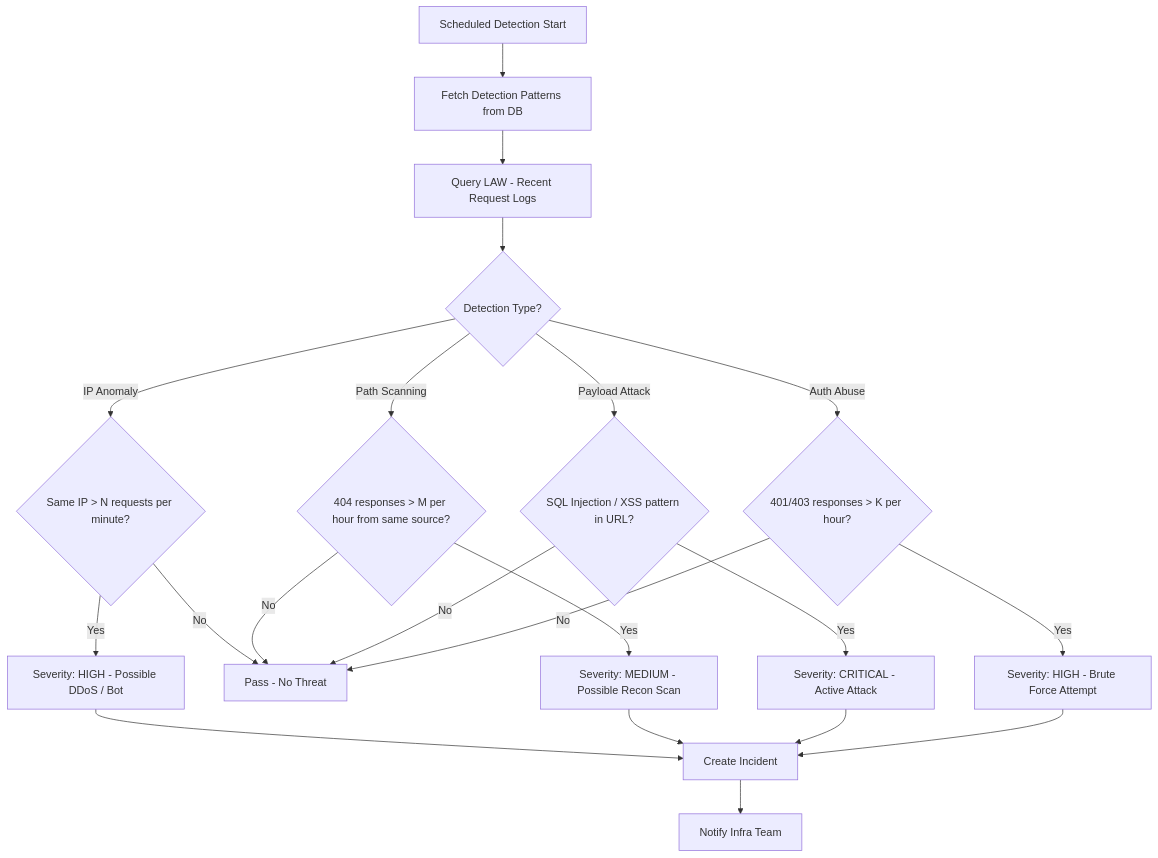
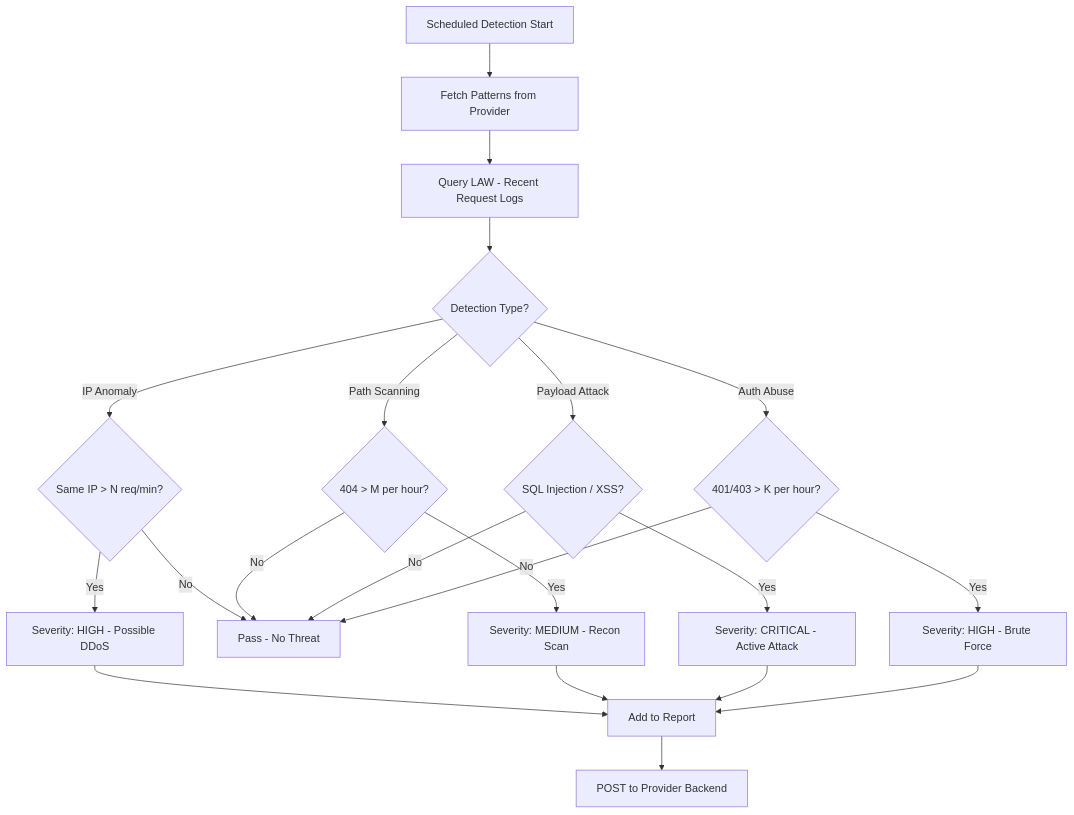
One commit to chjcmy/study changed diagram 12 of 21 in azure/projects/log-doctor-plan.md. Above: the diagram before and after it, drawn with Mermaid. The commit also changed other lines of this file, not shown here.

````diff
--- a/azure/projects/log-doctor-plan.md
+++ b/azure/projects/log-doctor-plan.md
@@ -492,30 +470,30 @@
 ```mermaid
 graph TD
-    A["Scheduled Detection Start"] --> B["Fetch Detection Patterns from DB"]
+    A["Scheduled Detection Start"] --> B["Fetch Patterns from Provider"]
     B --> C["Query LAW - Recent Request Logs"]
 
     C --> D{"Detection Type?"}
 
-    D -- "IP Anomaly" --> E{"Same IP > N requests per minute?"}
-    D -- "Path Scanning" --> F{"404 responses > M per hour from same source?"}
-    D -- "Payload Attack" --> G{"SQL Injection / XSS pattern in URL?"}
-    D -- "Auth Abuse" --> H{"401/403 responses > K per hour?"}
+    D -- "IP Anomaly" --> E{"Same IP > N req/min?"}
+    D -- "Path Scanning" --> F{"404 > M per hour?"}
+    D -- "Payload Attack" --> G{"SQL Injection / XSS?"}
+    D -- "Auth Abuse" --> H{"401/403 > K per hour?"}
 
-    E -- "Yes" --> I["Severity: HIGH - Possible DDoS / Bot"]
+    E -- "Yes" --> I["Severity: HIGH - Possible DDoS"]
     E -- "No" --> J["Pass - No Threat"]
 
-    F -- "Yes" --> K["Severity: MEDIUM - Possible Recon Scan"]
+    F -- "Yes" --> K["Severity: MEDIUM - Recon Scan"]
     F -- "No" --> J
 
     G -- "Yes" --> L["Severity: CRITICAL - Active Attack"]
     G -- "No" --> J
 
-    H -- "Yes" --> M["Severity: HIGH - Brute Force Attempt"]
+    H -- "Yes" --> M["Severity: HIGH - Brute Force"]
     H -- "No" --> J
 
-    I --> N["Create Incident"]
+    I --> N["Add to Report"]
     K --> N
     L --> N
     M --> N
-    N --> O["Notify Infra Team"]
+    N --> O["POST to Provider Backend"]
 ```
````
